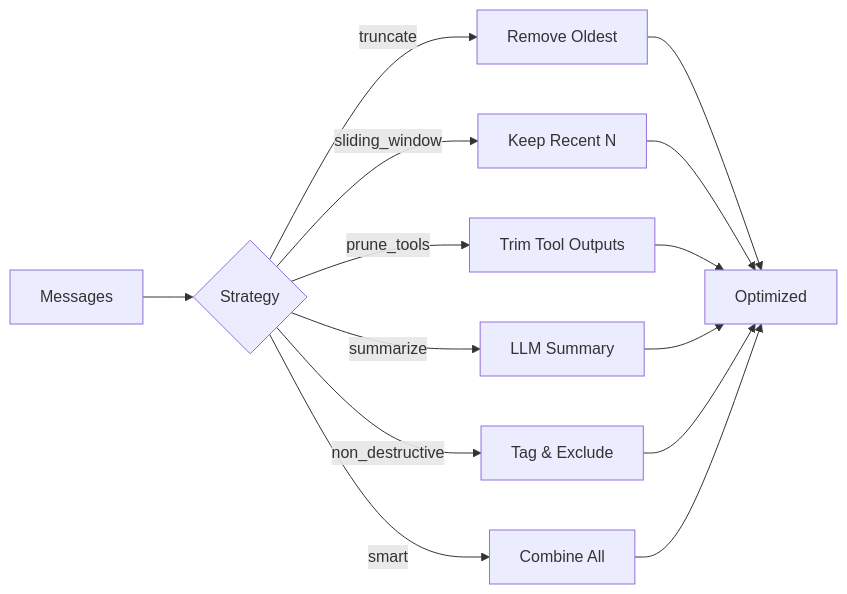
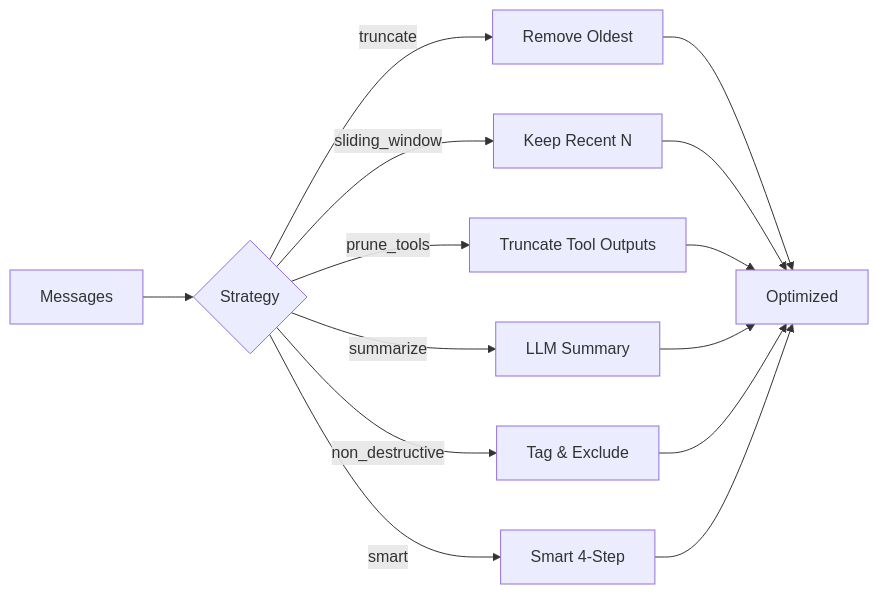
Before and after one commit to MervinPraison/PraisonAIDocs: the first of 2 diagrams in docs/features/context-optimizer.mdx, drawn with Mermaid. The commit also changed other lines of this file and 5 other files, not shown here.

````diff
--- a/docs/features/context-optimizer.mdx
+++ b/docs/features/context-optimizer.mdx
@@ -33,16 +33,16 @@
 ```mermaid
 flowchart LR
     A[Messages] --> B{Strategy}
     B -->|truncate| C[Remove Oldest]
     B -->|sliding_window| D[Keep Recent N]
-    B -->|prune_tools| E[Trim Tool Outputs]
+    B -->|prune_tools| E[Truncate Tool Outputs]
     B -->|summarize| F[LLM Summary]
     B -->|non_destructive| G[Tag & Exclude]
-    B -->|smart| H[Combine All]
+    B -->|smart| H[Smart 4-Step]
     C --> I[Optimized]
     D --> I
     E --> I
     F --> I
     G --> I
     H --> I
 ```
````
